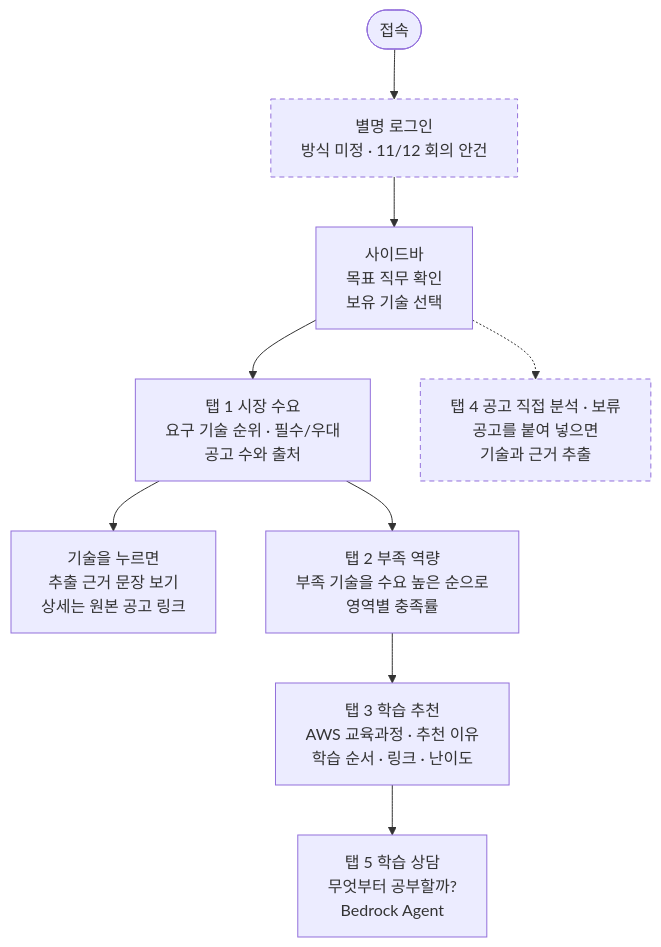
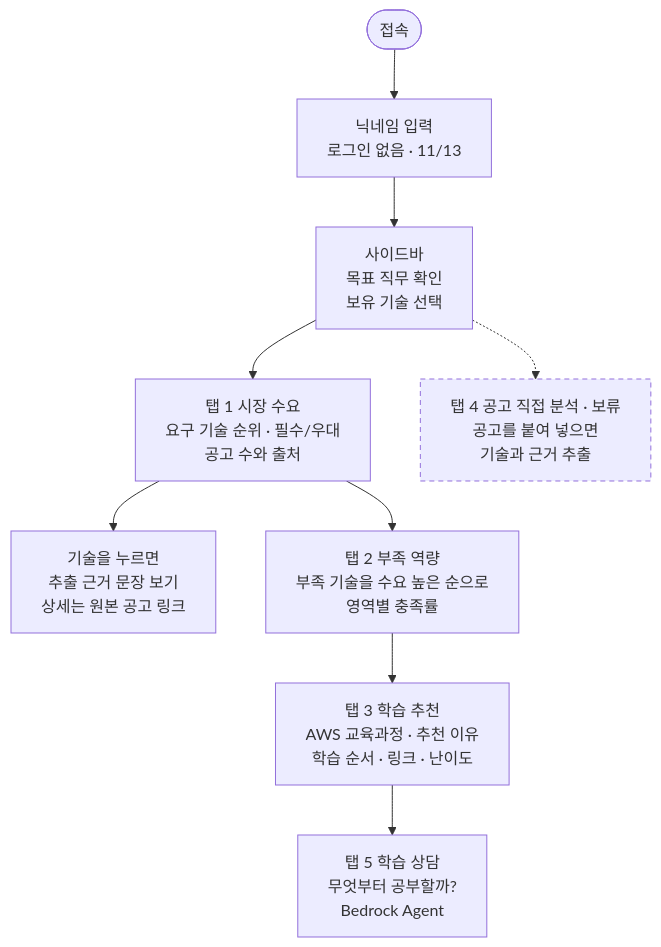
The first of 2 diagrams in docs/service-flow.md (Sungsim-Metro/skillpath-ai), drawn with Mermaid before and after one commit. The commit also changed other lines of this file and 4 other files, not shown here.

````diff
--- a/docs/service-flow.md
+++ b/docs/service-flow.md
@@ -11,14 +11,14 @@
 ```mermaid
 flowchart TD
-    start(["접속"]) --> login["별명 로그인<br/>방식 미정 · 11/12 회의 안건"]
+    start(["접속"]) --> login["닉네임 입력<br/>로그인 없음 · 11/13"]
     login --> side["사이드바<br/>목표 직무 확인<br/>보유 기술 선택"]
     side --> t1["탭 1 시장 수요<br/>요구 기술 순위 · 필수/우대<br/>공고 수와 출처"]
     t1 --> ev["기술을 누르면<br/>추출 근거 문장 보기<br/>상세는 원본 공고 링크"]
     t1 --> t2["탭 2 부족 역량<br/>부족 기술을 수요 높은 순으로<br/>영역별 충족률"]
     t2 --> t3["탭 3 학습 추천<br/>AWS 교육과정 · 추천 이유<br/>학습 순서 · 링크 · 난이도"]
     t3 --> t5["탭 5 학습 상담<br/>무엇부터 공부할까?<br/>Bedrock Agent"]
     side -.-> t4["탭 4 공고 직접 분석 · 보류<br/>공고를 붙여 넣으면<br/>기술과 근거 추출"]
 
     classDef hold stroke-dasharray: 5 4
-    class login,t4 hold
+    class t4 hold
 ```
````
